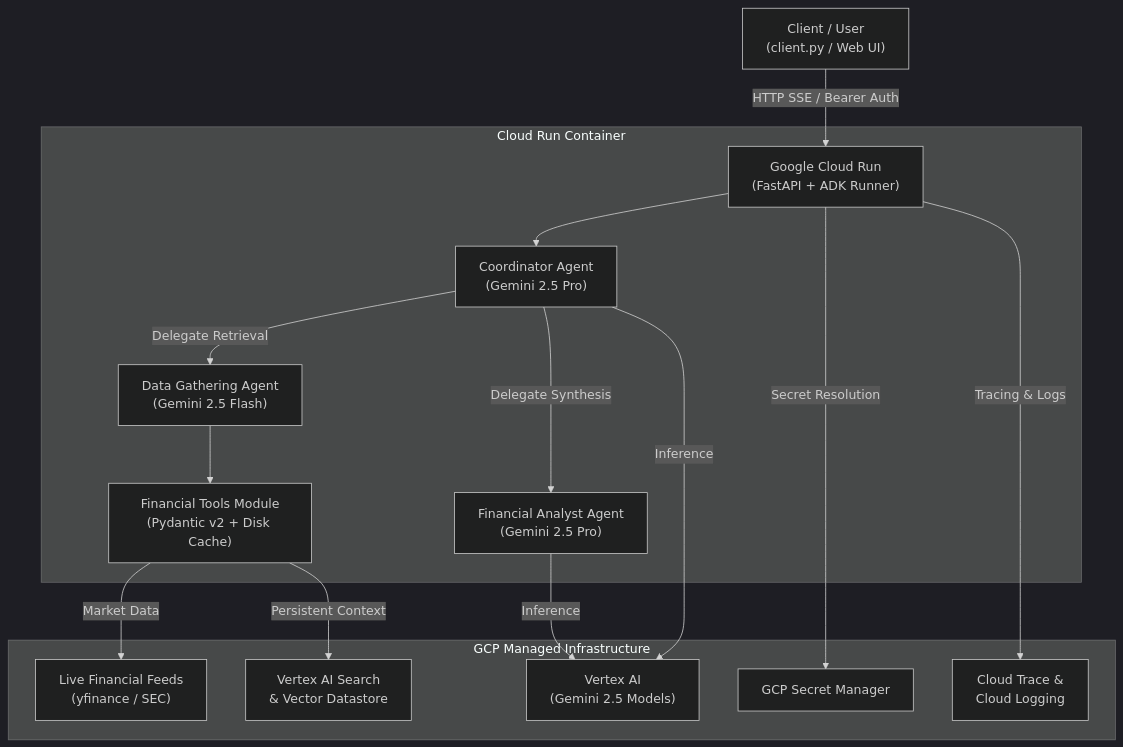
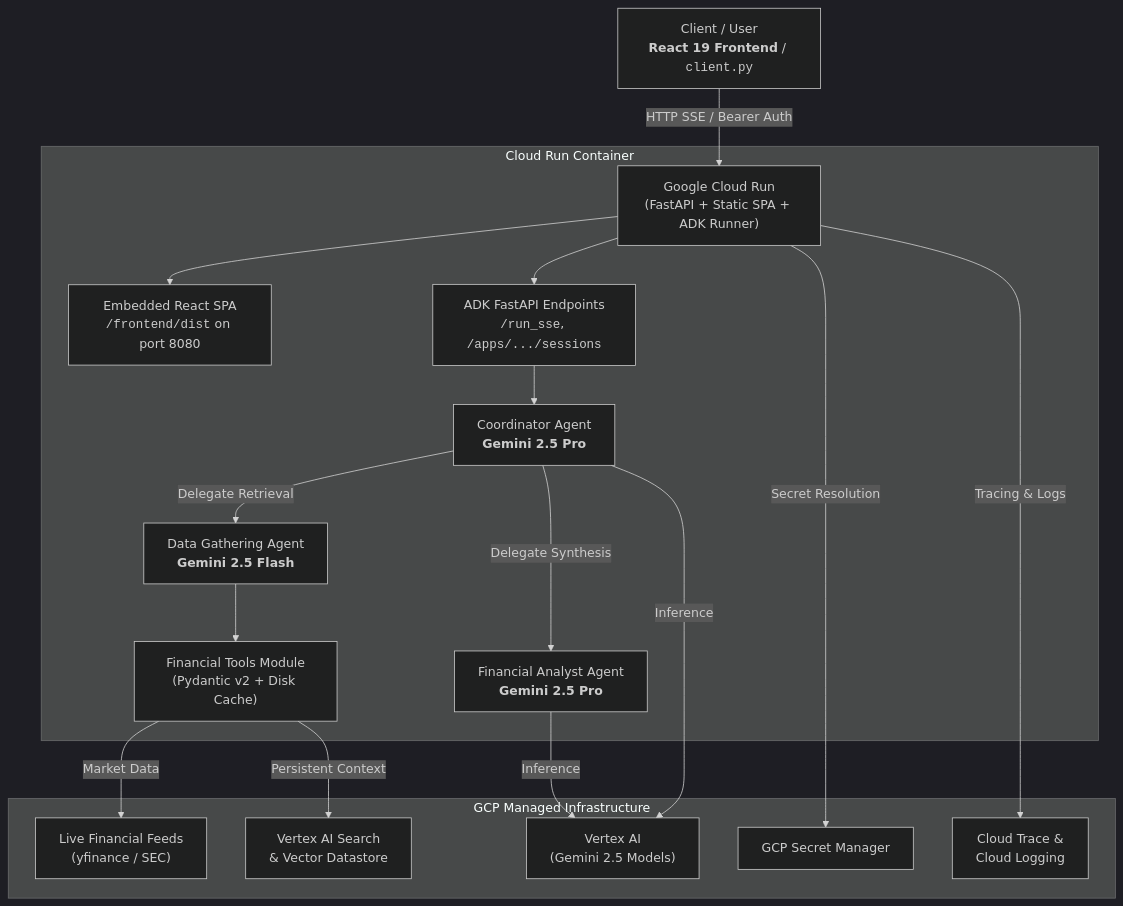
One commit to maheshkelkar/l200-agent changed the first of 2 diagrams in doc/architecture.md. Above: the diagram before and after it, drawn with Mermaid (dark theme). The commit also changed other lines of this file and 34 other files, not shown here.

First line of the commit message:
feat: Add React frontend SPA, HITL publishing gate, SEC multi-quarter tools, and operational docs

````diff
--- a/doc/architecture.md
+++ b/doc/architecture.md
@@ -10,19 +10,21 @@
 ```mermaid
 flowchart TD
-    Client["Client / User\n(client.py / Web UI)"] -->|HTTP SSE / Bearer Auth| CloudRun["Google Cloud Run\n(FastAPI + ADK Runner)"]
+    Client["Client / User<br/><b>React 19 Frontend</b> / <code>client.py</code>"] -->|HTTP SSE / Bearer Auth| CloudRun["Google Cloud Run<br/>(FastAPI + Static SPA + ADK Runner)"]
     
     subgraph Cloud Run Container
-        CloudRun --> Coordinator["Coordinator Agent\n(Gemini 2.5 Pro)"]
-        Coordinator -->|Delegate Retrieval| DataAgent["Data Gathering Agent\n(Gemini 2.5 Flash)"]
-        Coordinator -->|Delegate Synthesis| AnalystAgent["Financial Analyst Agent\n(Gemini 2.5 Pro)"]
-        DataAgent --> Tools["Financial Tools Module\n(Pydantic v2 + Disk Cache)"]
+        CloudRun --> FrontendSPA["Embedded React SPA<br/><code>/frontend/dist</code> on port 8080"]
+        CloudRun --> APIRoutes["ADK FastAPI Endpoints<br/><code>/run_sse</code>, <code>/apps/.../sessions</code>"]
+        APIRoutes --> Coordinator["Coordinator Agent<br/><b>Gemini 2.5 Pro</b>"]
+        Coordinator -->|Delegate Retrieval| DataAgent["Data Gathering Agent<br/><b>Gemini 2.5 Flash</b>"]
+        Coordinator -->|Delegate Synthesis| AnalystAgent["Financial Analyst Agent<br/><b>Gemini 2.5 Pro</b>"]
+        DataAgent --> Tools["Financial Tools Module<br/>(Pydantic v2 + Disk Cache)"]
     end
 
     subgraph GCP Managed Infrastructure
-        Tools -->|Market Data| ExternalFeeds["Live Financial Feeds\n(yfinance / SEC)"]
-        Coordinator & AnalystAgent -->|Inference| VertexAI["Vertex AI\n(Gemini 2.5 Models)"]
-        Tools -->|Persistent Context| VertexSearch["Vertex AI Search\n& Vector Datastore"]
+        Tools -->|Market Data| ExternalFeeds["Live Financial Feeds<br/>(yfinance / SEC)"]
+        Coordinator & AnalystAgent -->|Inference| VertexAI["Vertex AI<br/>(Gemini 2.5 Models)"]
+        Tools -->|Persistent Context| VertexSearch["Vertex AI Search<br/>& Vector Datastore"]
         CloudRun -->|Secret Resolution| SecretManager["GCP Secret Manager"]
-        CloudRun -->|Tracing & Logs| CloudTrace["Cloud Trace &\nCloud Logging"]
+        CloudRun -->|Tracing & Logs| CloudTrace["Cloud Trace &<br/>Cloud Logging"]
     end
 ```
````
